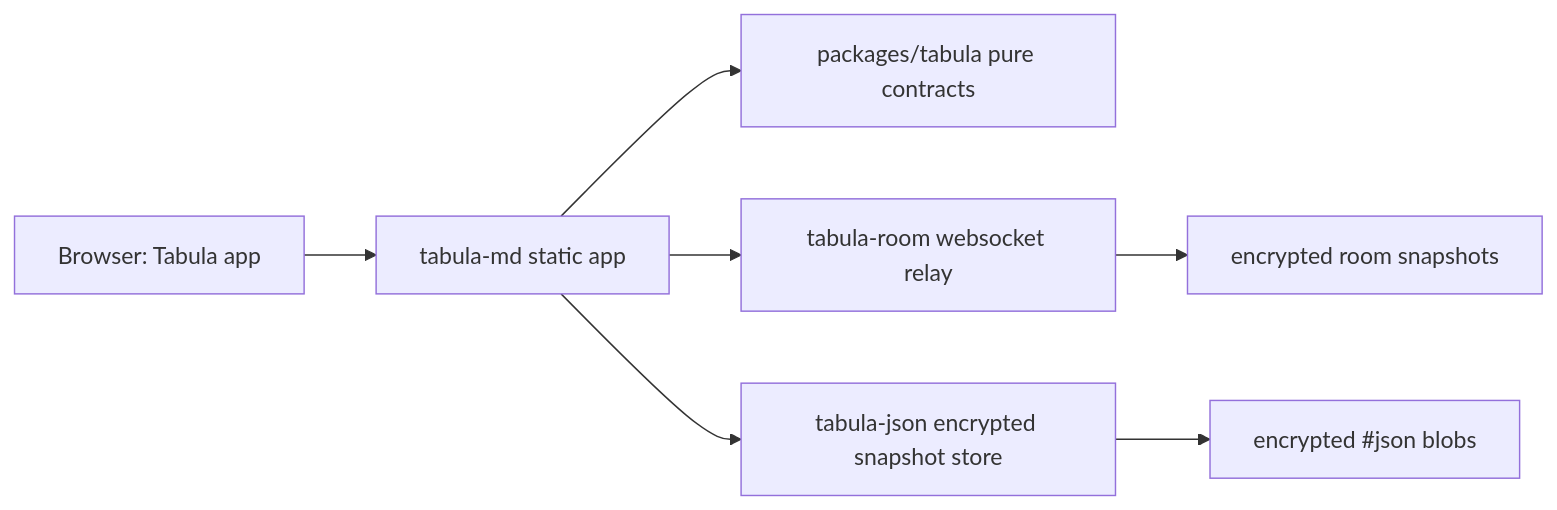
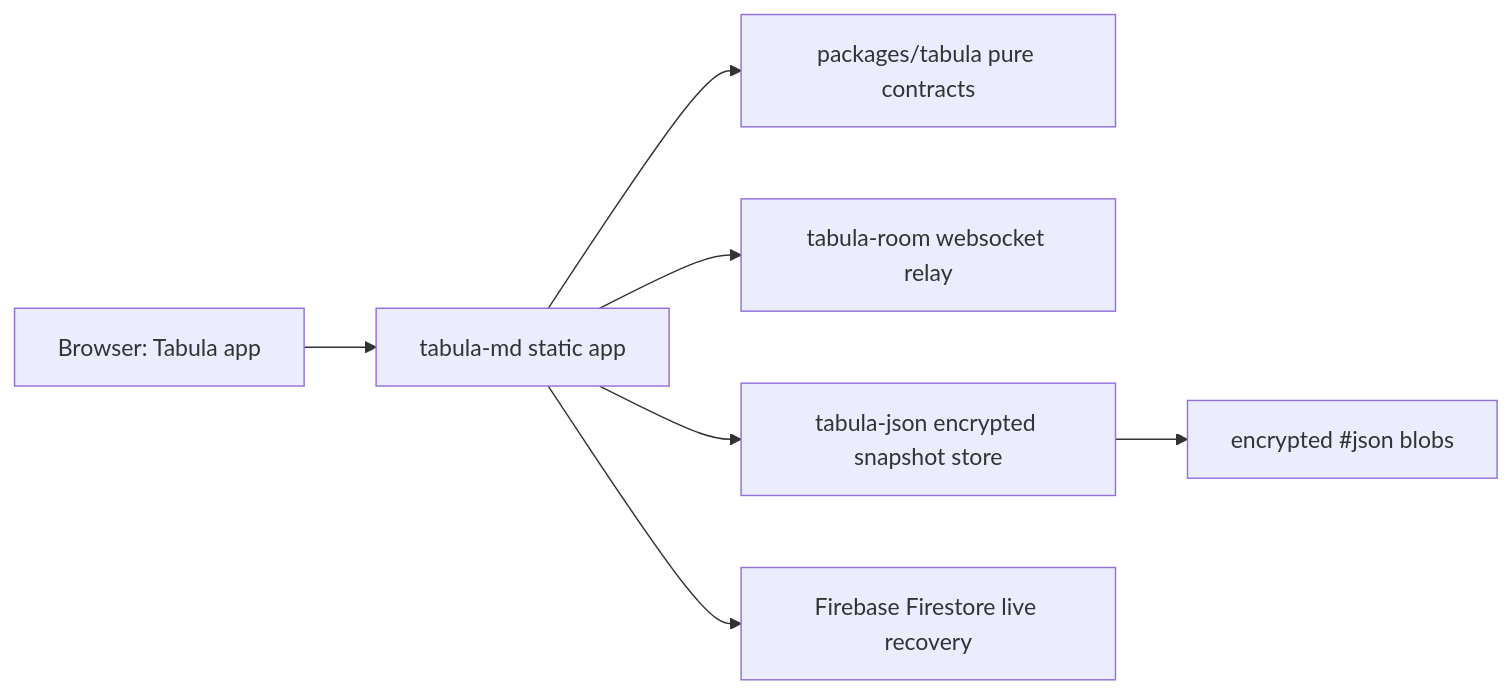
The diagram in docs/self-hosting.md (tabula-md/tabula-md), drawn with Mermaid before and after one commit. The commit also changed other lines of this file and 63 other files, not shown here.

Commit message:
refactor(collab): align encrypted recovery boundary

````diff
--- a/docs/self-hosting.md
+++ b/docs/self-hosting.md
@@ -7,9 +7,9 @@
 ```mermaid
 flowchart LR
   user["Browser: Tabula app"] --> app["tabula-md static app"]
   app --> core["packages/tabula pure contracts"]
   app --> room["tabula-room websocket relay"]
   app --> json["tabula-json encrypted snapshot store"]
-  room --> roomStorage["encrypted room snapshots"]
+  app --> firebase["Firebase Firestore live recovery"]
   json --> objectStorage["encrypted #json blobs"]
 ```
````
